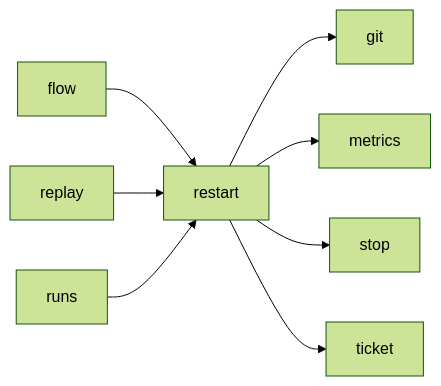
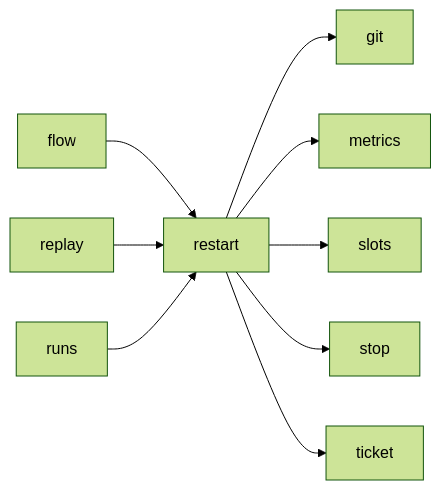
Before and after one commit to plaplanche/ariane: the third of 3 diagrams in docs/architecture/modules/restart.md, drawn with Mermaid (forest theme). The commit also changed other lines of this file and 19 other files, not shown here.

````diff
--- a/docs/architecture/modules/restart.md
+++ b/docs/architecture/modules/restart.md
@@ -81,10 +81,11 @@
 ```mermaid
 flowchart LR
   flow --> restart
   replay --> restart
   restart --> git
   restart --> metrics
+  restart --> slots
   restart --> stop
   restart --> ticket
   runs --> restart
 ```
````
